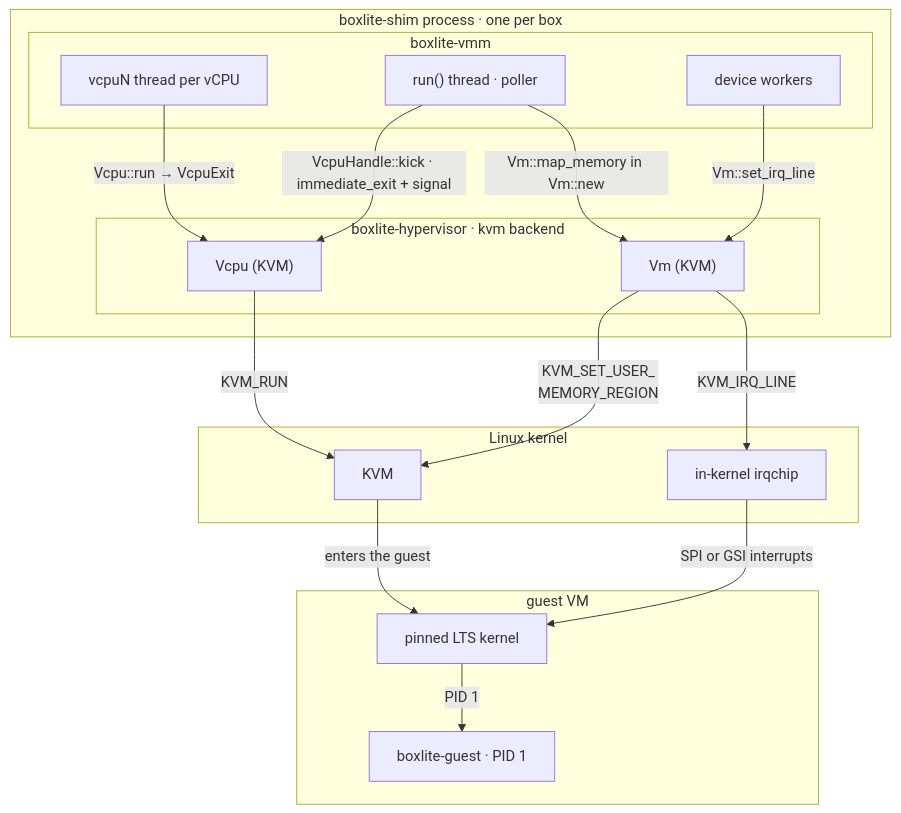
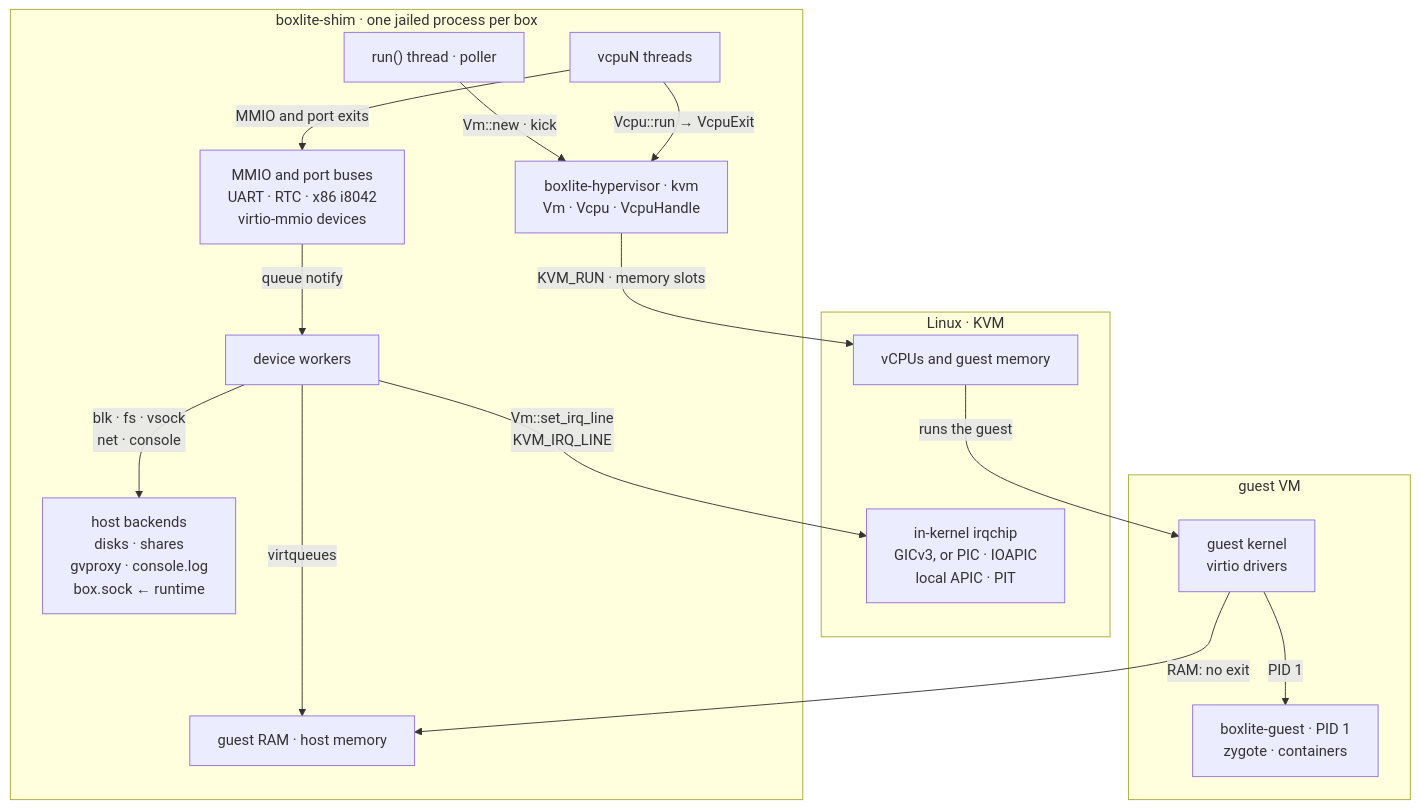
One commit to boxlite-ai/boxlite changed the first of 9 diagrams in docs/architecture/vmm/kvm.md. Above: the diagram before and after it, drawn with Mermaid. The commit also changed other lines of this file and 4 other files, not shown here.

````diff
--- a/docs/architecture/vmm/kvm.md
+++ b/docs/architecture/vmm/kvm.md
@@ -5,32 +7,31 @@
 ```mermaid
 flowchart TB
-  subgraph shim_process["boxlite-shim process · one per box"]
-    subgraph vmm_crate["boxlite-vmm"]
-      run_thread["run() thread · poller"]
-      device_worker["device workers"]
-      vcpu_thread["vcpuN thread per vCPU"]
-    end
-    subgraph kvm_backend["boxlite-hypervisor · kvm backend"]
-      kvm_vm["Vm (KVM)"]
-      kvm_vcpu["Vcpu (KVM)"]
-    end
+  subgraph shim["boxlite-shim · one jailed process per box"]
+    run_thread["run() thread · poller"]
+    vcpu_threads["vcpuN threads"]
+    backend["boxlite-hypervisor · kvm<br/>Vm · Vcpu · VcpuHandle"]
+    devices["MMIO and port buses<br/>UART · RTC · x86 i8042<br/>virtio-mmio devices"]
+    workers["device workers"]
+    guest_ram["guest RAM · host memory"]
+    backends["host backends<br/>disks · shares<br/>gvproxy · console.log<br/>box.sock ← runtime"]
   end
-  subgraph linux_kernel["Linux kernel"]
-    kvm_module["KVM"]
-    irqchip["in-kernel irqchip"]
+  subgraph host_hv["Linux · KVM"]
+    hv["vCPUs and guest memory"]
+    irqchip["in-kernel irqchip<br/>GICv3, or PIC · IOAPIC<br/>local APIC · PIT"]
   end
-  subgraph guest_vm["guest VM"]
-    guest_kernel["pinned LTS kernel"]
-    guest_init["boxlite-guest · PID 1"]
+  subgraph guest["guest VM"]
+    kernel["guest kernel<br/>virtio drivers"]
+    agent["boxlite-guest · PID 1<br/>zygote · containers"]
   end
-  vcpu_thread e_vcpu_run@-->|"Vcpu::run → VcpuExit"| kvm_vcpu
-  kvm_vcpu e_kvm_run@-->|"KVM_RUN"| kvm_module
-  kvm_module e_enter_guest@-->|"enters the guest"| guest_kernel
-  run_thread e_kick@-->|"VcpuHandle::kick · immediate_exit + signal"| kvm_vcpu
-  run_thread e_map_memory@-->|"Vm::map_memory in Vm::new"| kvm_vm
-  kvm_vm e_set_memslot@-->|"KVM_SET_USER_<br/>MEMORY_REGION"| kvm_module
-  device_worker e_set_irq_line@-->|"Vm::set_irq_line"| kvm_vm
-  kvm_vm e_irq_line@-->|"KVM_IRQ_LINE"| irqchip
-  irqchip e_guest_irq@-->|"SPI or GSI interrupts"| guest_kernel
-  guest_kernel e_pid1@-->|"PID 1"| guest_init
+  run_thread c_new@-->|"Vm::new · kick"| backend
+  vcpu_threads c_run@-->|"Vcpu::run → VcpuExit"| backend
+  vcpu_threads c_exits@-->|"MMIO and port exits"| devices
+  backend c_hv@-->|"KVM_RUN · memory slots"| hv
+  hv c_guest@-->|"runs the guest"| kernel
+  devices c_notify@-->|"queue notify"| workers
+  kernel c_ram@-->|"RAM: no exit"| guest_ram
+  kernel c_pid1@-->|"PID 1"| agent
+  workers c_queues@-->|"virtqueues"| guest_ram
+  workers c_backends@-->|"blk · fs · vsock<br/>net · console"| backends
+  workers c_irq@-->|"Vm::set_irq_line<br/>KVM_IRQ_LINE"| irqchip
 ```
````
